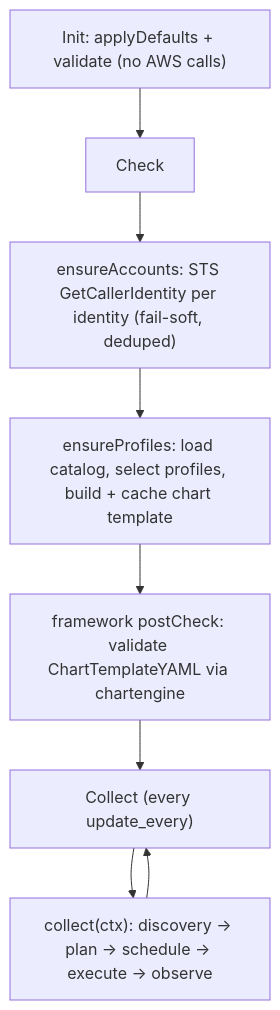
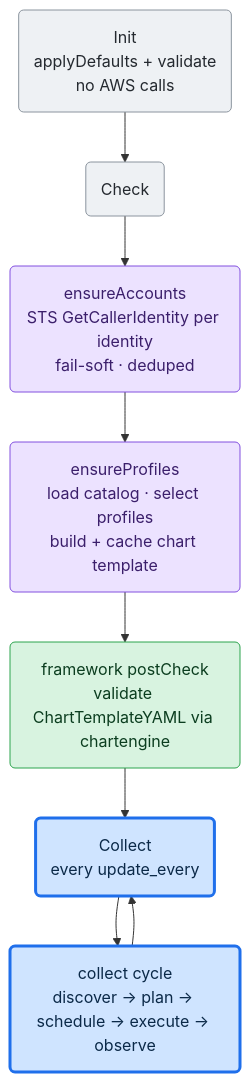
The second of 3 diagrams in src/go/plugin/go.d/collector/cloudwatch/ARCHITECTURE.md (netdata/netdata), drawn with Mermaid before and after one commit. The commit also changed other lines of this file, not shown here.

First line of the commit message:
docs(go.d/cloudwatch): make ARCHITECTURE.md a top-down read with coloured diagrams

````diff
--- a/src/go/plugin/go.d/collector/cloudwatch/ARCHITECTURE.md
+++ b/src/go/plugin/go.d/collector/cloudwatch/ARCHITECTURE.md
@@ -38,14 +75,24 @@
 ```mermaid
 flowchart TD
-    Init["Init: applyDefaults + validate (no AWS calls)"]
-    Check["Check"]
-    Accounts["ensureAccounts: STS GetCallerIdentity per identity (fail-soft, deduped)"]
-    Profiles["ensureProfiles: load catalog, select profiles, build + cache chart template"]
-    Post["framework postCheck: validate ChartTemplateYAML via chartengine"]
-    Collect["Collect (every update_every)"]
-    Cycle["collect(ctx): discovery -> plan -> schedule -> execute -> observe"]
+    Init("Init<br/>applyDefaults + validate<br/>no AWS calls")
+    Check("Check")
+    Accounts("ensureAccounts<br/>STS GetCallerIdentity per identity<br/>fail-soft · deduped")
+    Profiles("ensureProfiles<br/>load catalog · select profiles<br/>build + cache chart template")
+    Post("framework postCheck<br/>validate ChartTemplateYAML via chartengine")
+    Collect("Collect<br/>every update_every")
+    Cycle("collect cycle<br/>discover → plan → schedule → execute → observe")
 
     Init --> Check
     Check --> Accounts --> Profiles --> Post
     Post --> Collect --> Cycle --> Collect
+
+    classDef input fill:#eef1f4,stroke:#8b949e,color:#24292f;
+    classDef sched fill:#ece2ff,stroke:#8250df,color:#3b1f6b;
+    classDef commit fill:#d8f3e0,stroke:#2da44e,color:#0b3d1f;
+    classDef core fill:#cfe4ff,stroke:#1f6feb,stroke-width:3px,color:#0b2948;
+
+    class Init,Check input
+    class Accounts,Profiles sched
+    class Post commit
+    class Collect,Cycle core
 ```
````
